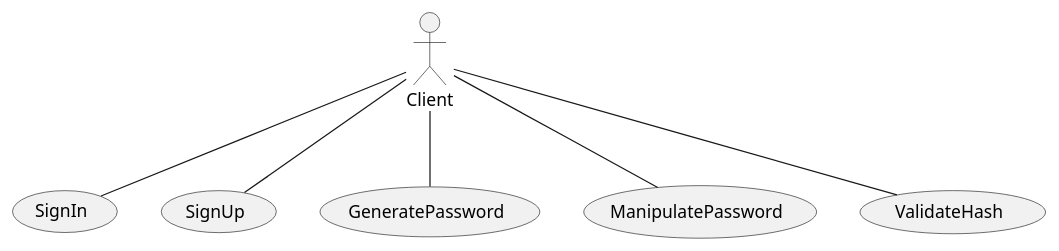
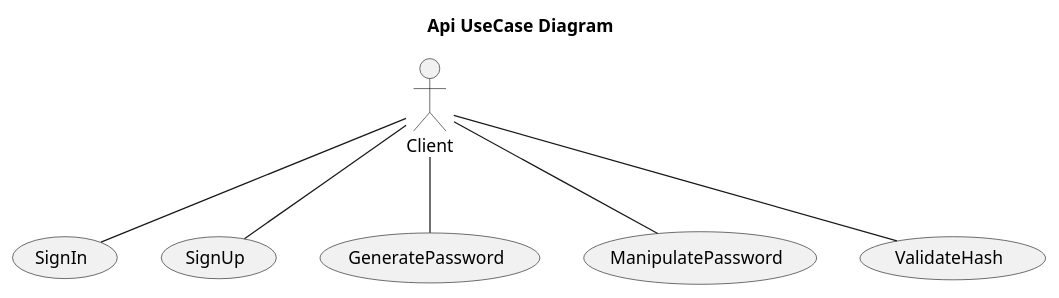
One commit to Wesley0010012/PasswordGeneratorApi changed the diagram in documentation/plantuml/use-case/use-case-diagram.wsd. Above: the diagram before and after it, drawn with PlantUML.

Commit message:
docs: defined diagram title

```diff
--- a/documentation/plantuml/use-case/use-case-diagram.wsd
+++ b/documentation/plantuml/use-case/use-case-diagram.wsd
@@ -1,17 +1,18 @@
-@startuml UseCaseDiagram
+@startuml APIUseCaseDiagram
+title Api UseCase Diagram
 
 actor Client
 
 usecase SignIn
 usecase SignUp
 usecase GeneratePassword
 usecase ManipulatePassword
 usecase ValidateHash
 
 Client -- SignIn
 Client -- SignUp
 Client -- GeneratePassword
 Client -- ManipulatePassword
 Client -- ValidateHash
 
 @enduml
```
